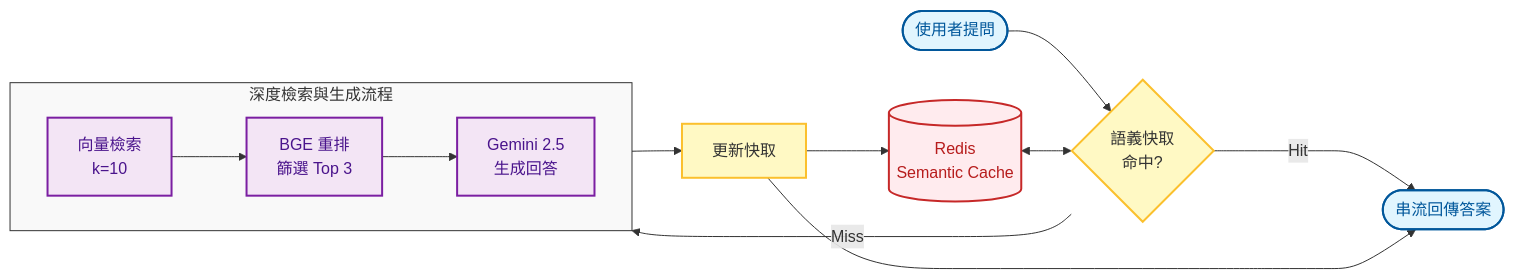
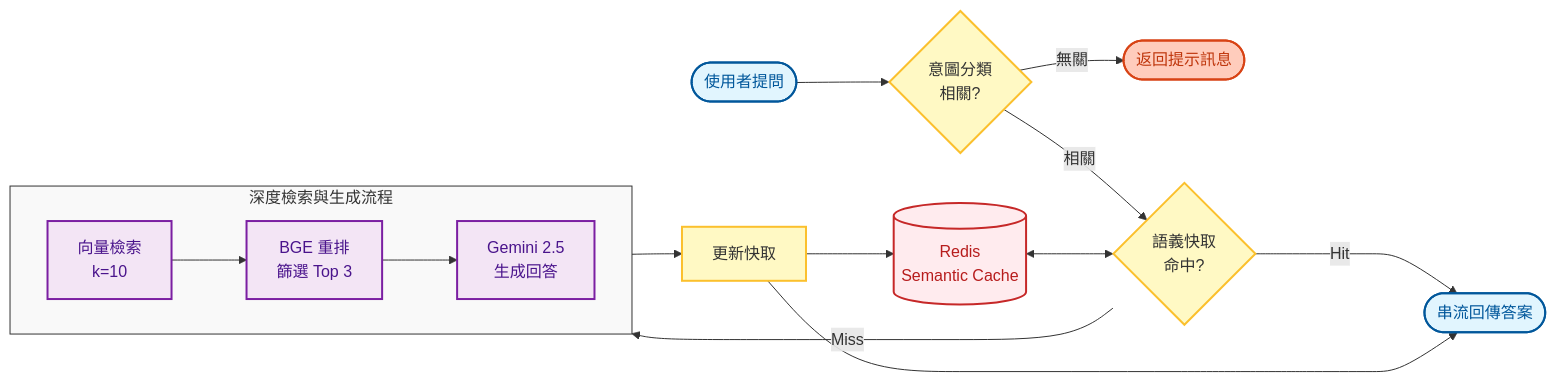
One commit to albertkingdom/rag-chatbot-demo changed the second of 4 diagrams in architecture.md. Above: the diagram before and after it, drawn with Mermaid. The commit also changed other lines of this file and 1 other file, not shown here.

Commit message:
Update readme and architecture graph

````diff
--- a/architecture.md
+++ b/architecture.md
@@ -61,34 +66,40 @@
 ```mermaid
 flowchart LR
     %% 方向與元件定義
-    Q([使用者提問]) --> Cache{語義快取<br/>命中?}
+    Q([使用者提問]) --> Intent{意圖分類<br/>相關?}
+
+    Intent -- 無關 --> Reject([返回提示訊息])
+    Intent -- 相關 --> Cache{語義快取<br/>命中?}
+
     Redis[(Redis<br/>Semantic Cache)] <--> Cache
-    
+
     subgraph RAG ["深度檢索與生成流程"]
         direction LR
         Search[向量檢索<br/>k=10] --> Rerank[BGE 重排<br/>篩選 Top 3]
         Rerank --> Gen[Gemini 2.5<br/>生成回答]
     end
-    
+
     Cache -- Miss --> Search
     Cache -- Hit ----> Ans([串流回傳答案])
-    
+
     %% 回寫快取路徑
     Gen --> Store[更新快取]
     Store --> Redis
     Store --> Ans
 
     %% 樣式美化 (增強對比度以利簡報呈現)
     classDef input fill:#e1f5fe,stroke:#01579b,stroke-width:2px,color:#01579b
     classDef logic fill:#fff9c4,stroke:#fbc02d,stroke-width:2px,color:#333
     classDef core fill:#f3e5f5,stroke:#7b1fa2,stroke-width:2px,color:#4a148c
     classDef storage fill:#ffebee,stroke:#c62828,stroke-width:2px,color:#b71c1c
-    
+    classDef reject fill:#ffccbc,stroke:#d84315,stroke-width:2px,color:#bf360c
+
     class Q,Ans input
-    class Cache,Store logic
+    class Intent,Cache,Store logic
     class Search,Rerank,Gen core
     class Redis storage
-    
+    class Reject reject
+
     %% 子圖樣式
     style RAG fill:#f9f9f9,stroke:#333,stroke-width:1px,color:#333
 ```
````
